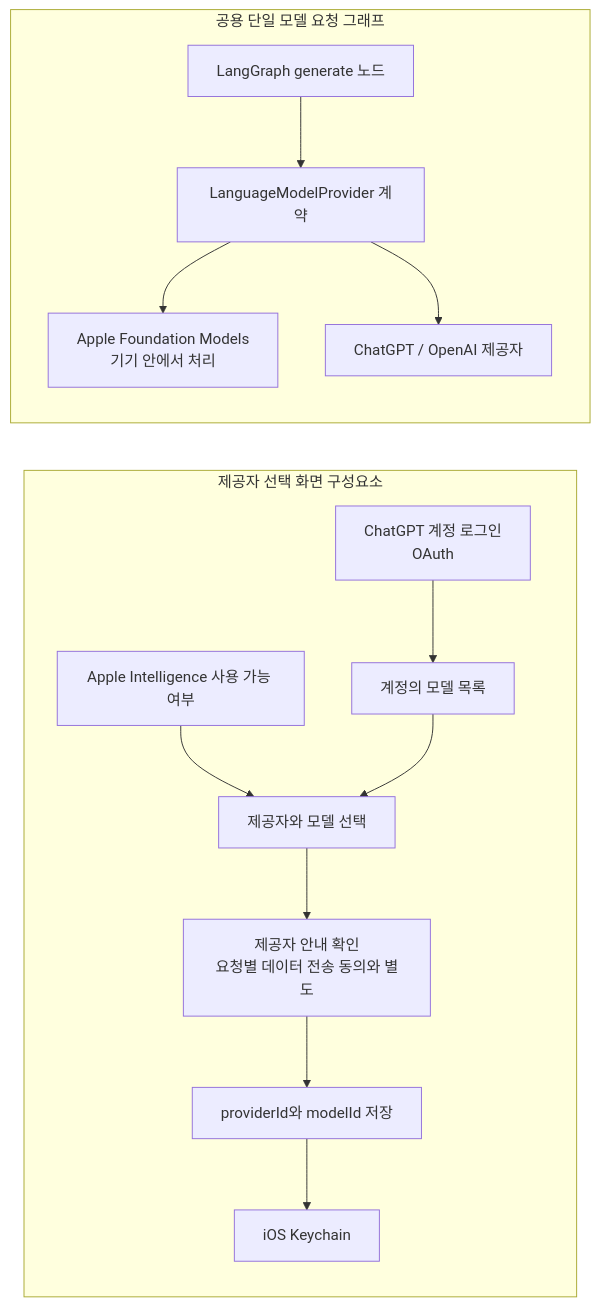
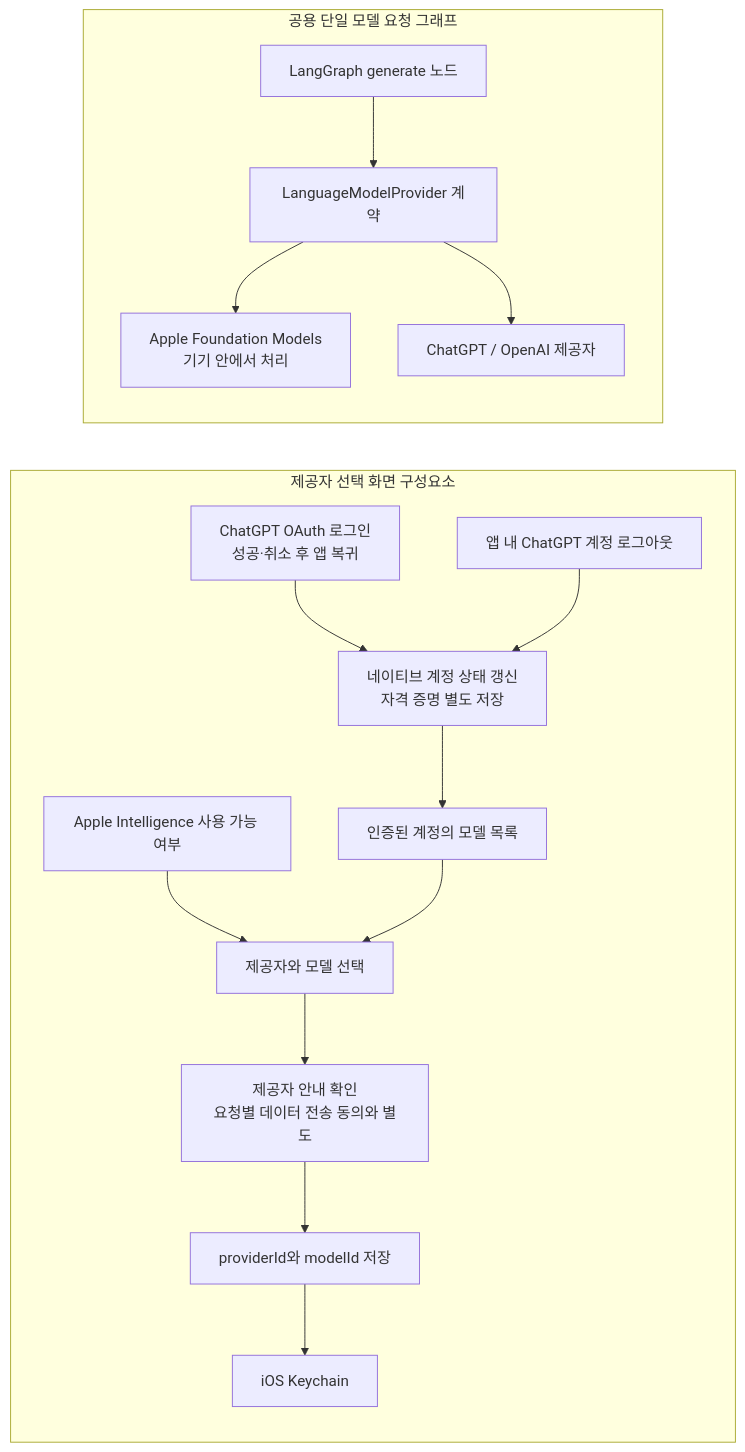
The fourth of 6 diagrams in README.md (eunsoogi/orot), drawn with Mermaid before and after one commit. The commit also changed other lines of this file, not shown here.

Commit message:
docs(readme): update ChatGPT account flow status

````diff
--- a/README.md
+++ b/README.md
@@ -152,25 +152,28 @@
 ```mermaid
 flowchart LR
   subgraph selection["제공자 선택 화면 구성요소"]
     appleOption["Apple Intelligence 사용 가능 여부"]
-    account["ChatGPT 계정 로그인<br/>OAuth"]
-    catalog["계정의 모델 목록"]
+    account["ChatGPT OAuth 로그인<br/>성공·취소 후 앱 복귀"]
+    signOut["앱 내 ChatGPT 계정 로그아웃"]
+    accountState["네이티브 계정 상태 갱신<br/>자격 증명 별도 저장"]
+    catalog["인증된 계정의 모델 목록"]
     choose["제공자와 모델 선택"]
     confirm["제공자 안내 확인<br/>요청별 데이터 전송 동의와 별도"]
     identifiers["providerId와 modelId 저장"]
     keychain["iOS Keychain"]
     appleOption --> choose
-    account --> catalog --> choose
+    account --> accountState --> catalog --> choose
+    signOut --> accountState
     choose --> confirm --> identifiers --> keychain
   end
 
   subgraph execution["공용 단일 모델 요청 그래프"]
     providerGraph["LangGraph generate 노드"]
     contract["LanguageModelProvider 계약"]
     apple["Apple Foundation Models<br/>기기 안에서 처리"]
     openai["ChatGPT / OpenAI 제공자"]
     providerGraph --> contract
     contract --> apple
     contract --> openai
   end
 ```
````
